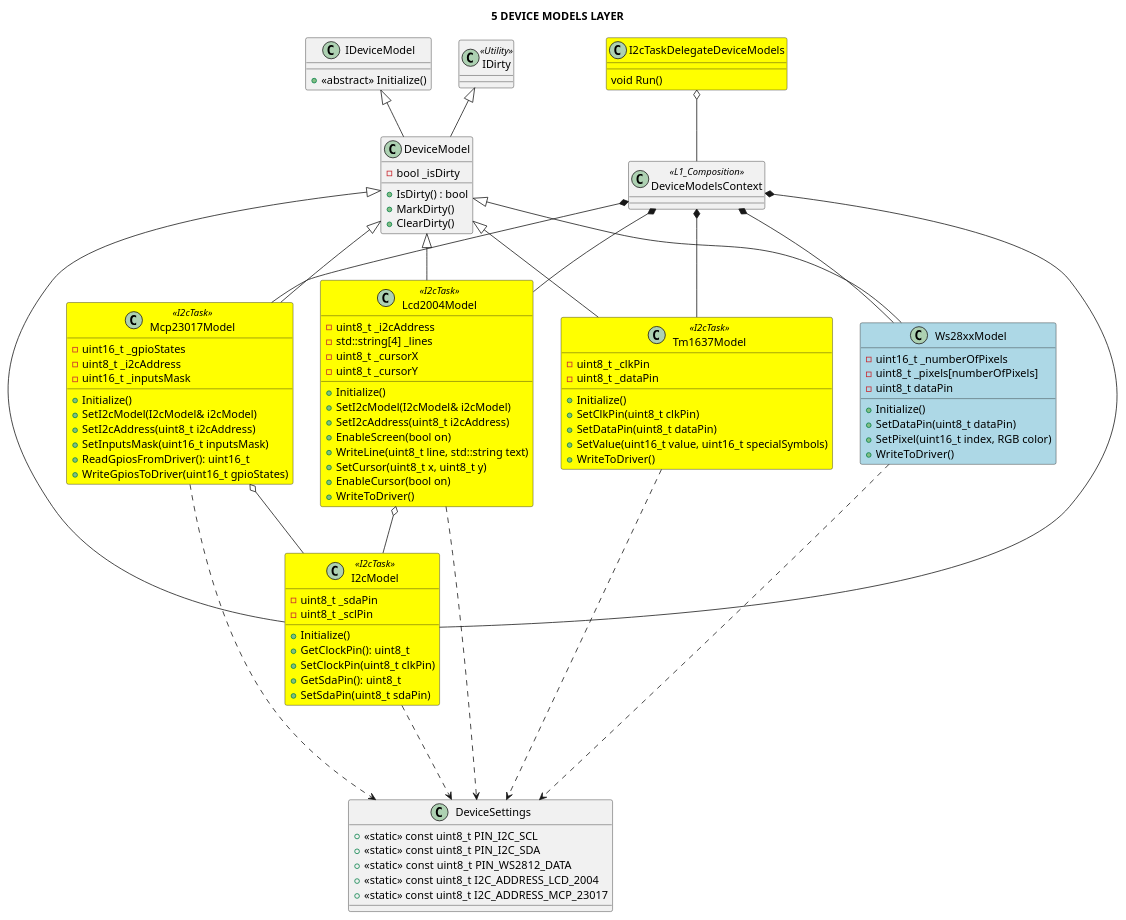
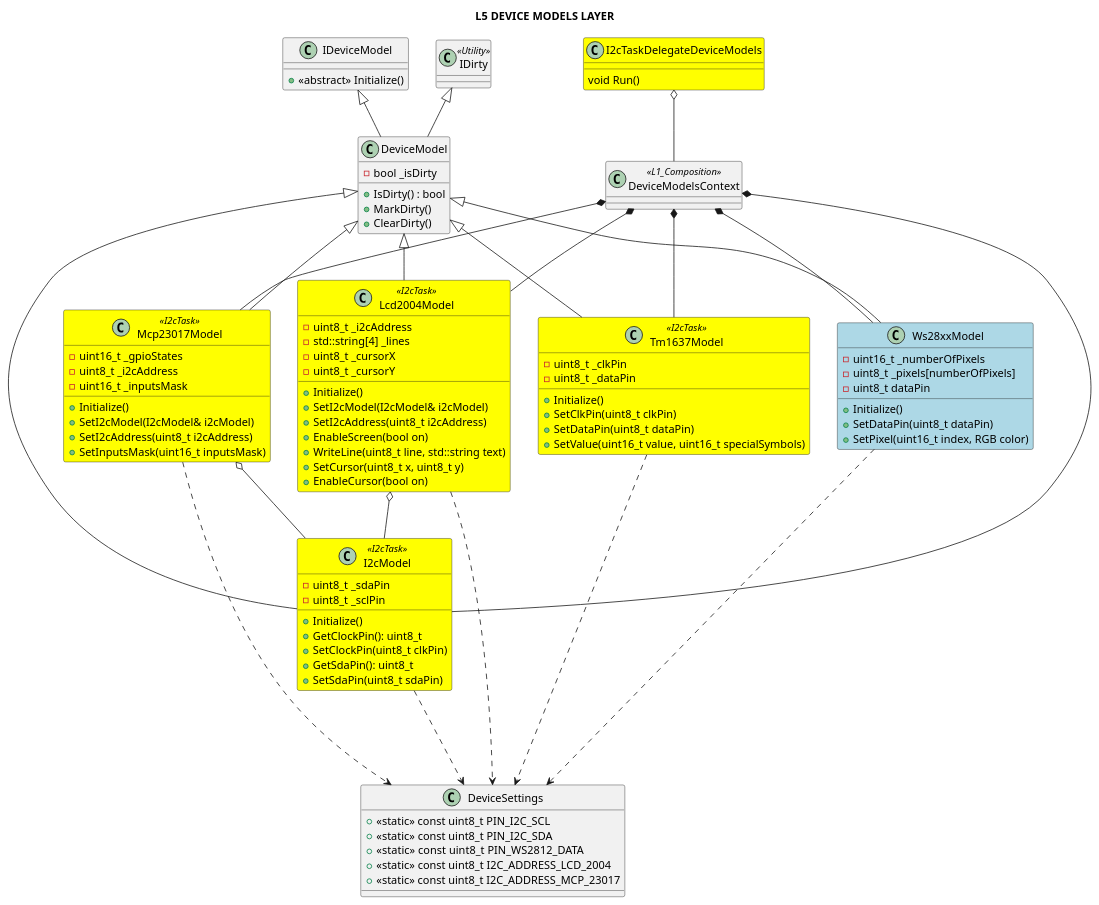
Before and after one commit to michelkeijzers/fraxis: the diagram in Docs/Software Design/Layers/L5_device_models_layer.puml, drawn with PlantUML. The commit also changed 122 other files, not shown here.

```diff
--- a/Docs/Software Design/Layers/L5_device_models_layer.puml
+++ b/Docs/Software Design/Layers/L5_device_models_layer.puml
@@ -1,136 +1,131 @@
 @startuml
 
-title 5 DEVICE MODELS LAYER
+title L5 DEVICE MODELS LAYER
 
 skinparam packageStyle rectangle
 skinparam lineThickness 2
 
 class DeviceSettings
 {
     + <<static>> const uint8_t PIN_I2C_SCL
     + <<static>> const uint8_t PIN_I2C_SDA
     + <<static>> const uint8_t PIN_WS2812_DATA
     + <<static>> const uint8_t I2C_ADDRESS_LCD_2004
     + <<static>> const uint8_t I2C_ADDRESS_MCP_23017
 }
 
 class DeviceModelsContext <<L1_Composition>>
 {
 }
 
 class IDirty <<Utility>>
 {
 }
 
 class IDeviceModel
 {
     + <<abstract>> Initialize()
 }
 
 class DeviceModel 
 {
     - bool _isDirty 
     + IsDirty() : bool
     + MarkDirty()
     + ClearDirty()
 }
 
 DeviceModel -u-|> IDeviceModel
 DeviceModel -u-|> IDirty
 
 class Ws28xxModel #lightblue
 {
     - uint16_t _numberOfPixels
     - uint8_t _pixels[numberOfPixels]
     - uint8_t dataPin
     + Initialize()
     + SetDataPin(uint8_t dataPin)
     + SetPixel(uint16_t index, RGB color)
-    + WriteToDriver()
 }
 
 Ws28xxModel -u-|> DeviceModel
 
 class I2cTaskDelegateDeviceModels #yellow
 {
     void Run()
 }
 
 class I2cModel <<I2cTask>> #yellow
 {
     - uint8_t _sdaPin 
     - uint8_t _sclPin 
     + Initialize()
     + GetClockPin(): uint8_t
     + SetClockPin(uint8_t clkPin)
     + GetSdaPin(): uint8_t
     + SetSdaPin(uint8_t sdaPin)
 }
 
 I2cModel -u-|> DeviceModel
 
 class Mcp23017Model <<I2cTask>> #yellow
 {
     - uint16_t _gpioStates
     - uint8_t _i2cAddress
     - uint16_t _inputsMask
     + Initialize()
     + SetI2cModel(I2cModel& i2cModel)
     + SetI2cAddress(uint8_t i2cAddress) 
     + SetInputsMask(uint16_t inputsMask)
-    + ReadGpiosFromDriver(): uint16_t
-    + WriteGpiosToDriver(uint16_t gpioStates)
 }
 
 Mcp23017Model -u-|> DeviceModel
 
 Mcp23017Model o-- I2cModel
 
 class Tm1637Model <<I2cTask>> #yellow
 {
     - uint8_t _clkPin
     - uint8_t _dataPin
     + Initialize()
     + SetClkPin(uint8_t clkPin)
     + SetDataPin(uint8_t dataPin)
     + SetValue(uint16_t value, uint16_t specialSymbols)
-    + WriteToDriver()
 }
 
 Tm1637Model -u-|> DeviceModel
 
 class Lcd2004Model <<I2cTask>> #yellow
 {
     - uint8_t _i2cAddress
     - std::string[4] _lines
     - uint8_t _cursorX
     - uint8_t _cursorY
     + Initialize()
     + SetI2cModel(I2cModel& i2cModel)
     + SetI2cAddress(uint8_t i2cAddress) 
     + EnableScreen(bool on)
     + WriteLine(uint8_t line, std::string text)
     + SetCursor(uint8_t x, uint8_t y)
     + EnableCursor(bool on)
-    + WriteToDriver()
 }
 
 Lcd2004Model o-- I2cModel
 
 Lcd2004Model -u-|> DeviceModel
 
 DeviceModelsContext *-- Ws28xxModel
 DeviceModelsContext *-- I2cModel 
 DeviceModelsContext *-- Mcp23017Model
 DeviceModelsContext *-- Tm1637Model
 DeviceModelsContext *-- Lcd2004Model
 
 I2cTaskDelegateDeviceModels o-- DeviceModelsContext
 
 Ws28xxModel ..> DeviceSettings
 I2cModel ..-> DeviceSettings
 Mcp23017Model ..> DeviceSettings
 Lcd2004Model ..> DeviceSettings
 Tm1637Model ..> DeviceSettings
 
 @enduml
```
